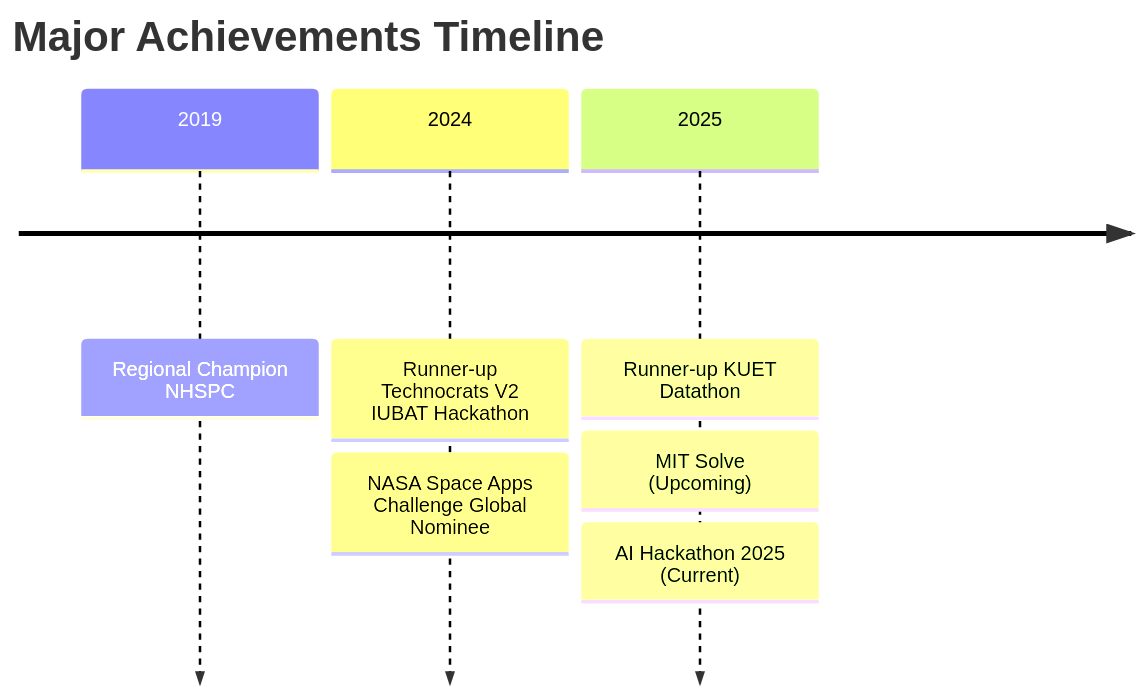
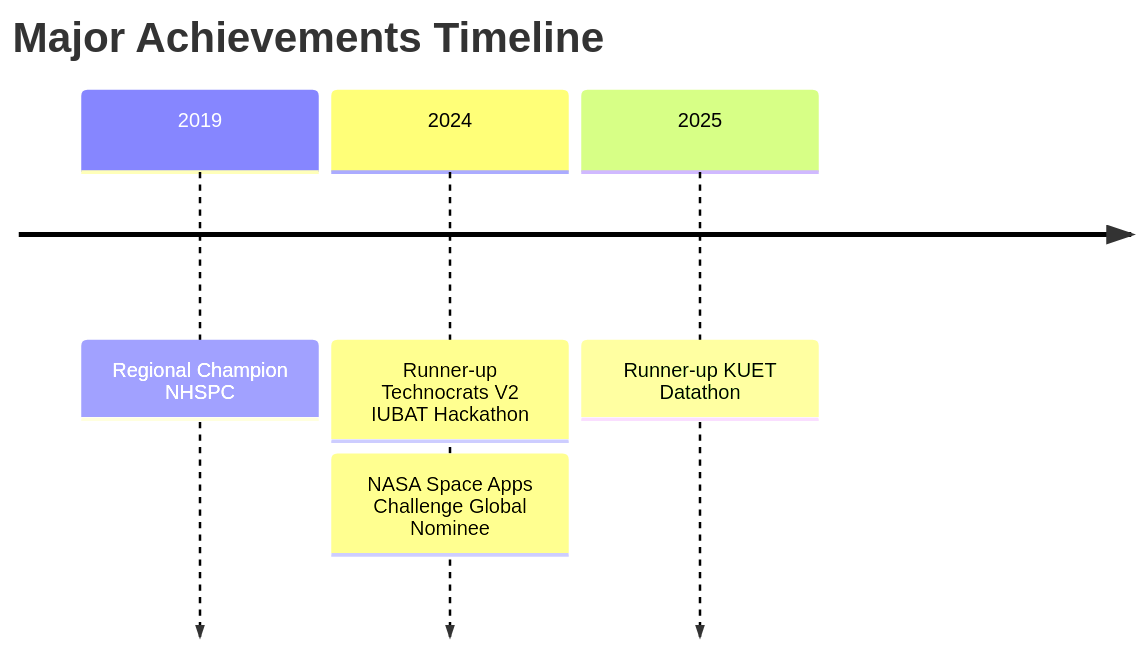
Before and after one commit to SyedNazmusSakib-SNS/SyedNazmusSakib-SNS: the diagram in README.md, drawn with Mermaid.

````diff
--- a/README.md
+++ b/README.md
@@ -63,10 +63,9 @@
 ```mermaid
 timeline
   title Major Achievements Timeline
   2019 : Regional Champion NHSPC
   2024 : Runner-up Technocrats V2 IUBAT Hackathon
        : NASA Space Apps Challenge Global Nominee
   2025 : Runner-up KUET Datathon
-       : MIT Solve (Upcoming)
-       : AI Hackathon 2025 (Current)
+
 ```
````
